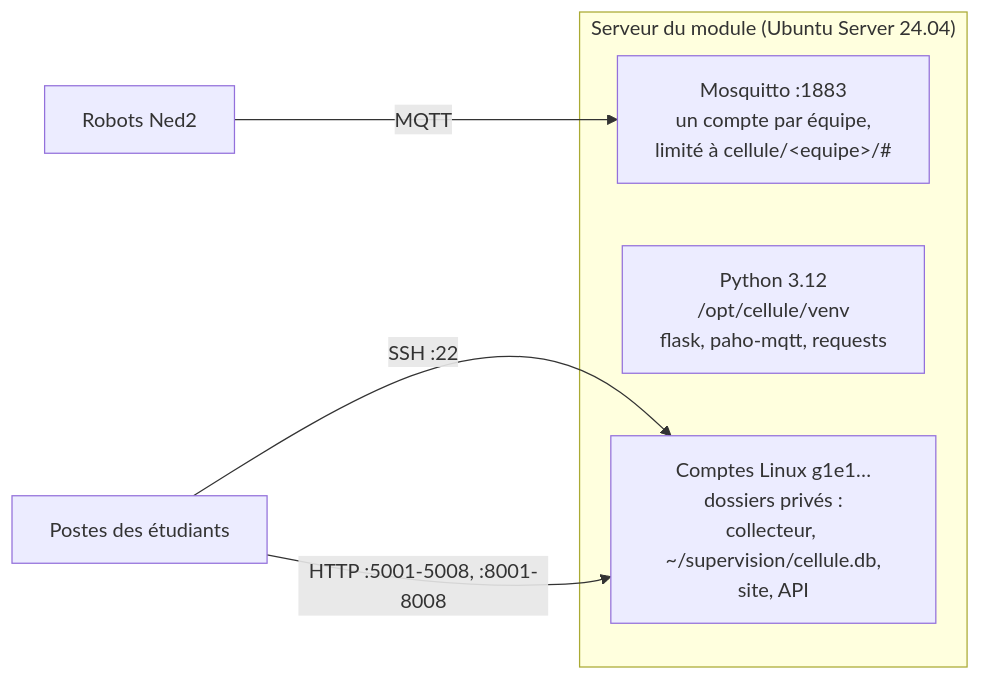
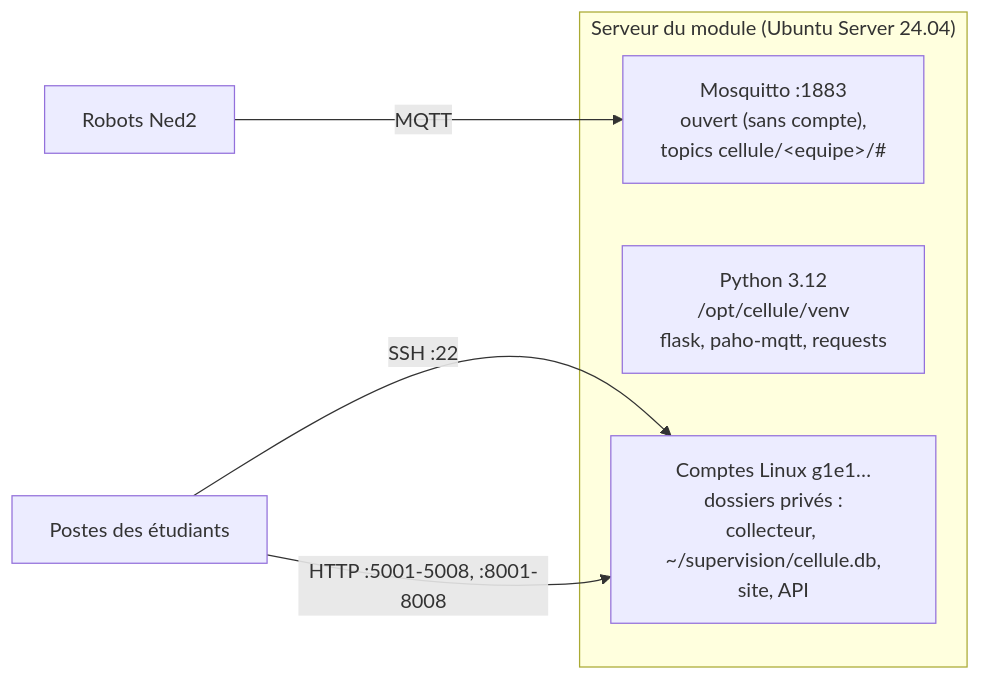
Before and after one commit to fabrice1618/niryo2: the diagram in install/README.md, drawn with Mermaid. The commit also changed other lines of this file and 33 other files, not shown here.

````diff
--- a/install/README.md
+++ b/install/README.md
@@ -16,11 +16,11 @@
 ```mermaid
 flowchart LR
     subgraph SRV["Serveur du module (Ubuntu Server 24.04)"]
-        MQ["Mosquitto :1883<br/>un compte par équipe,<br/>limité à cellule/&lt;equipe&gt;/#"]
+        MQ["Mosquitto :1883<br/>ouvert (sans compte),<br/>topics cellule/&lt;equipe&gt;/#"]
         PY["Python 3.12<br/>/opt/cellule/venv<br/>flask, paho-mqtt, requests"]
         HOME["Comptes Linux g1e1…<br/>dossiers privés :<br/>collecteur, ~/supervision/cellule.db,<br/>site, API"]
     end
     ROB["Robots Ned2"] -- "MQTT" --> MQ
     PC["Postes des étudiants"] -- "SSH :22" --> HOME
     PC -- "HTTP :5001-5008, :8001-8008" --> HOME
 ```
````
